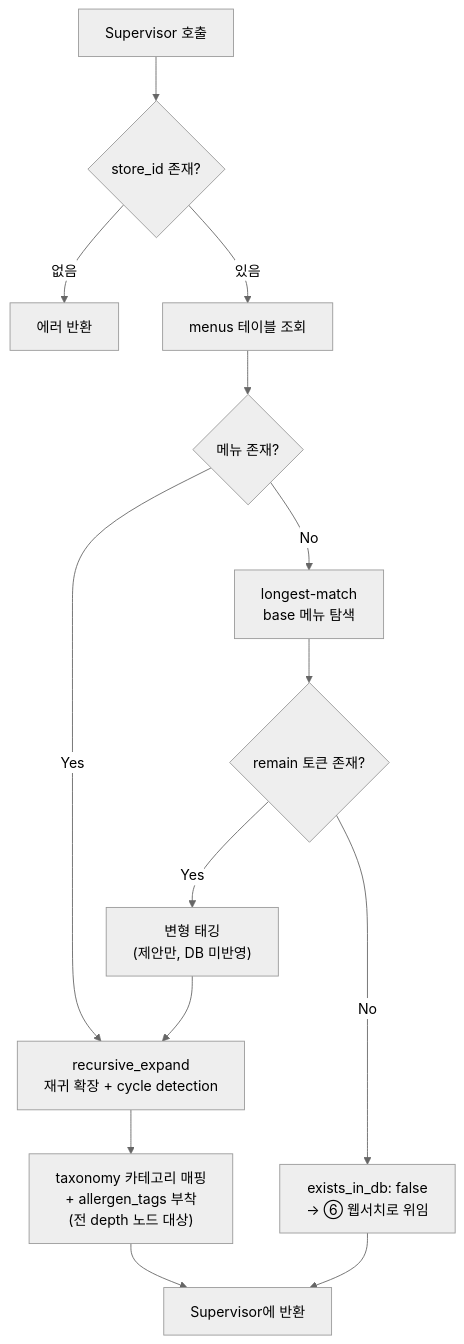
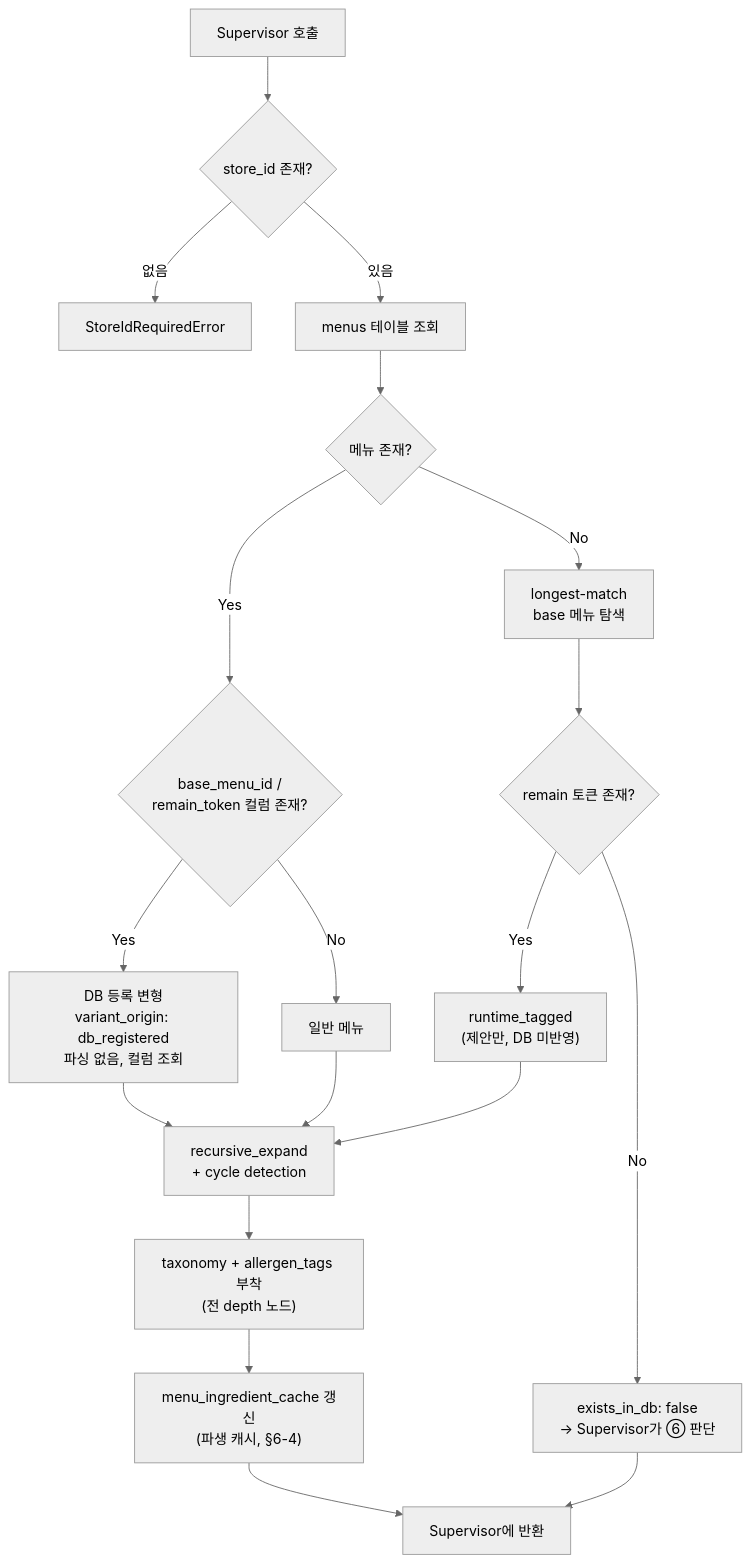
Before and after one commit to Han-Spoon/ai: the third of 3 diagrams in docs/agent-4-DBontology.md, drawn with Mermaid (neutral theme). The commit also changed other lines of this file, not shown here.

````diff
--- a/docs/agent-4-DBontology.md
+++ b/docs/agent-4-DBontology.md
@@ -161,19 +179,25 @@
 ```mermaid
 flowchart TD
     S[Supervisor 호출] --> V{store_id 존재?}
-    V -->|없음| ERR[에러 반환]
+    V -->|없음| ERR[StoreIdRequiredError]
     V -->|있음| Q[menus 테이블 조회]
 
     Q --> E{메뉴 존재?}
-    E -->|Yes| R["recursive_expand<br/>재귀 확장 + cycle detection"]
+    E -->|Yes| VC{"base_menu_id /<br/>remain_token 컬럼 존재?"}
     E -->|No| LM["longest-match<br/>base 메뉴 탐색"]
 
+    VC -->|Yes| DBV["DB 등록 변형<br/>variant_origin: db_registered<br/>파싱 없음, 컬럼 조회"]
+    VC -->|No| PLAIN["일반 메뉴"]
+
     LM --> RM{remain 토큰 존재?}
-    RM -->|Yes| VT["변형 태깅<br/>(제안만, DB 미반영)"]
-    RM -->|No| NF["exists_in_db: false<br/>→ ⑥ 웹서치로 위임"]
+    RM -->|Yes| RTV["runtime_tagged<br/>(제안만, DB 미반영)"]
+    RM -->|No| NF["exists_in_db: false<br/>→ Supervisor가 ⑥ 판단"]
 
-    VT --> R
-    R --> TAG["taxonomy 카테고리 매핑<br/>+ allergen_tags 부착<br/>(전 depth 노드 대상)"]
-    TAG --> OUT[Supervisor에 반환]
+    DBV --> R["recursive_expand<br/>+ cycle detection"]
+    PLAIN --> R
+    RTV --> R
+    R --> TAG["taxonomy + allergen_tags 부착<br/>(전 depth 노드)"]
+    TAG --> CACHE["menu_ingredient_cache 갱신<br/>(파생 캐시, §6-4)"]
+    CACHE --> OUT[Supervisor에 반환]
     NF --> OUT
 ```
````
